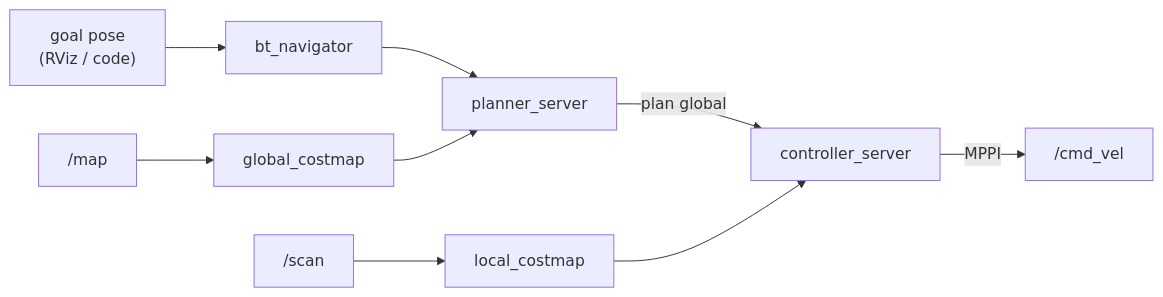
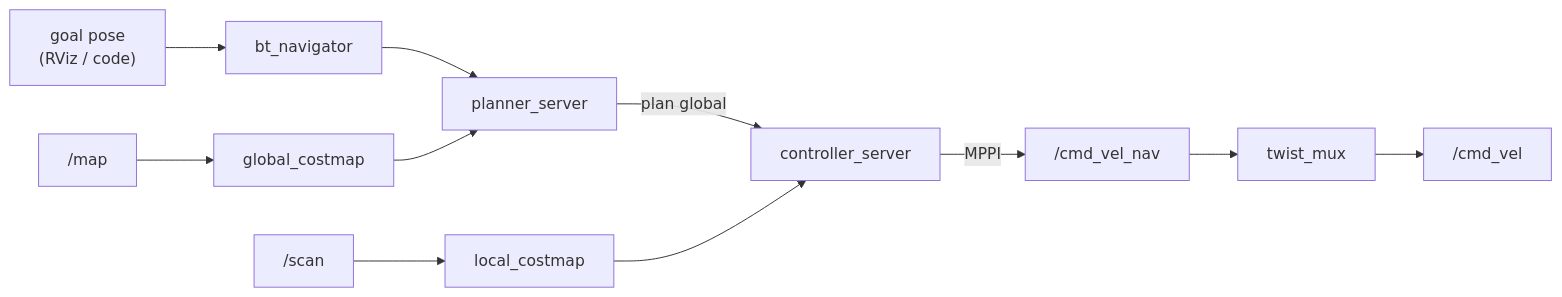
The second of 3 diagrams in apps/slides/jour2/slides.md (EtienneSchmitz/ros2_course), drawn with Mermaid before and after one commit. The commit also changed other lines of this file and 6 other files, not shown here.

First line of the commit message:
feat(jour2): refonte navigation LeKiwi (graphe, téléop AZERTY, SLAM/Nav2)

````diff
--- a/apps/slides/jour2/slides.md
+++ b/apps/slides/jour2/slides.md
@@ -277,11 +319,12 @@
 ```mermaid
 graph LR
   G["goal pose<br/>(RViz / code)"] --> BT[bt_navigator]
   BT --> P[planner_server]
   P -->|plan global| C[controller_server]
-  C -->|MPPI| V["/cmd_vel"]
+  C -->|MPPI| V["/cmd_vel_nav"]
+  V --> TM[twist_mux] --> CV["/cmd_vel"]
   M["/map"] --> GC[global_costmap]
   S["/scan"] --> LC[local_costmap]
   GC --> P
   LC --> C
 ```
````
